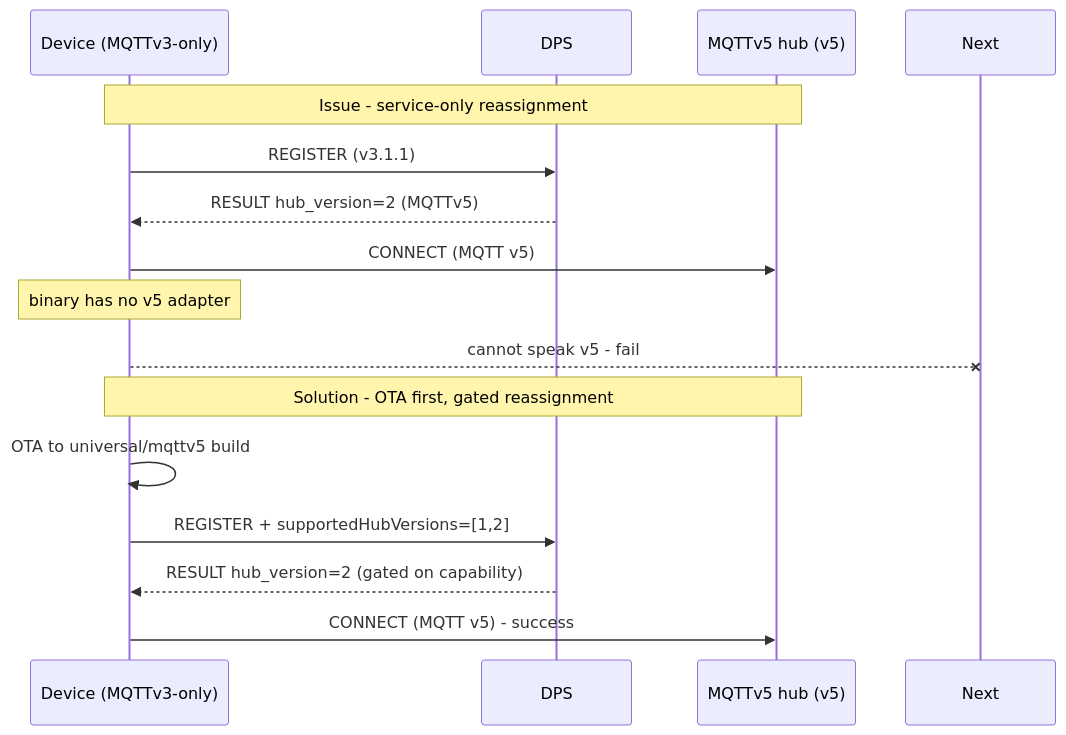
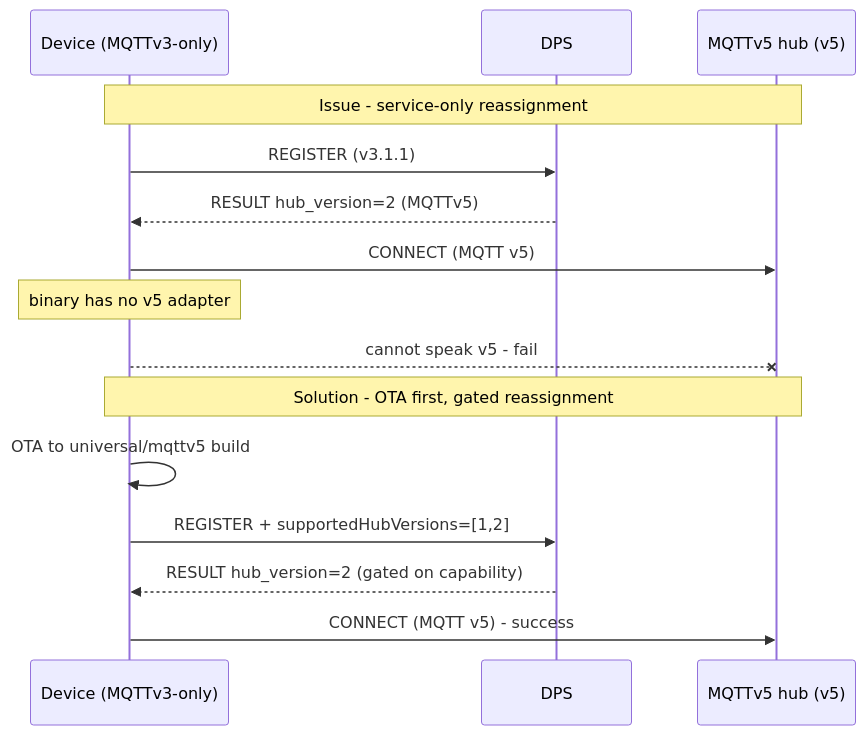
The second of 20 diagrams in c/docs/eng/split-client.md (Azure/azure-iot-sdk), drawn with Mermaid before and after one commit. The commit also changed other lines of this file and 6 other files, not shown here.

````diff
--- a/c/docs/eng/split-client.md
+++ b/c/docs/eng/split-client.md
@@ -129,19 +129,19 @@
 ```mermaid
 sequenceDiagram
     participant Dev as Device (MQTTv3-only)
     participant DPS
     participant MQTTv5 as MQTTv5 hub (v5)
 
     Note over Dev,MQTTv5: Issue - service-only reassignment
     Dev->>DPS: REGISTER (v3.1.1)
     DPS-->>Dev: RESULT hub_version=2 (MQTTv5)
     Dev->>MQTTv5: CONNECT (MQTT v5)
     Note over Dev: binary has no v5 adapter
-    Dev--xNext: cannot speak v5 - fail
+    Dev--xMQTTv5: cannot speak v5 - fail
 
     Note over Dev,MQTTv5: Solution - OTA first, gated reassignment
     Dev->>Dev: OTA to universal/mqttv5 build
     Dev->>DPS: REGISTER + supportedHubVersions=[1,2]
     DPS-->>Dev: RESULT hub_version=2 (gated on capability)
     Dev->>MQTTv5: CONNECT (MQTT v5) - success
 ```
````
